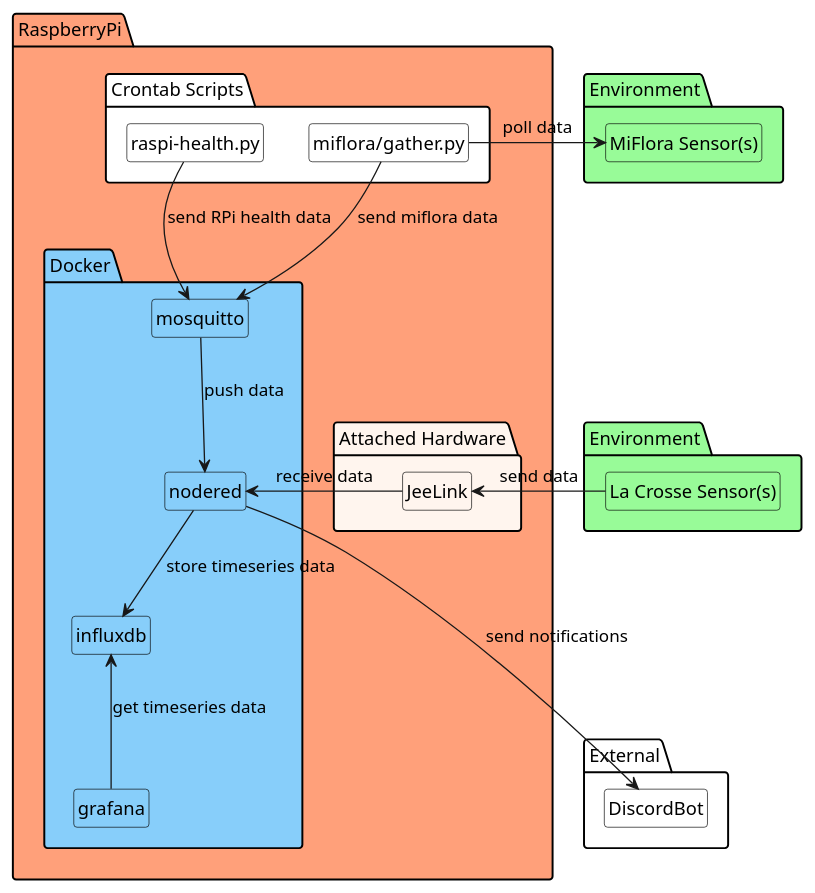
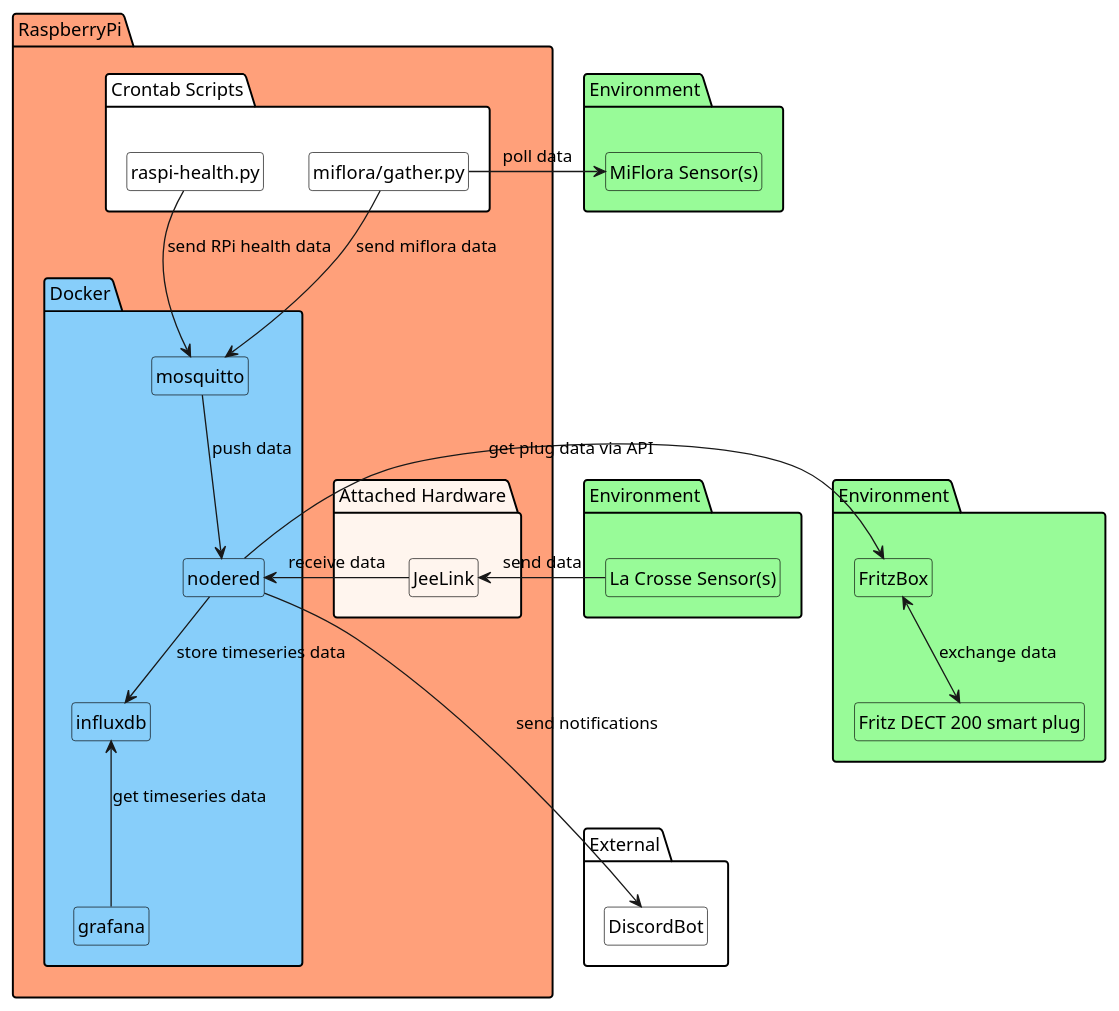
Before and after one commit to dArignac/smarthome: the diagram in overview.puml, drawn with PlantUML. The commit also changed 5 other files, not shown here.

Commit message:
added fritz box dect 200 plugs flow and dashboard, closes #11

```diff
--- a/overview.puml
+++ b/overview.puml
@@ -1,67 +1,74 @@
 @startuml
 skinparam shadowing false
 
 skinparam package {
   BackgroundColor white
   BorderColor black
   FontStyle italic bold
 
   BackgroundColor<<Environment>> PaleGreen
   BackgroundColor<<RaspberryPi>> LightSalmon
   BackgroundColor<<Hardware>> SeaShell
   BackgroundColor<<Docker>> LightSkyBlue
 }
 
 skinparam class {
   BackgroundColor none
   BorderColor Black
 }
 
 hide members
 hide circle
 hide stereotype
 
 package "Environment" as E1 <<Environment>> {
   class "La Crosse Sensor(s)" as sensorLacrosse
 }
 
 package "Environment" as E2 <<Environment>> {
   class "MiFlora Sensor(s)" as sensorMiflora
+}
+
+package "Environment" as E3 <<Environment>> {
+  class "FritzBox" as fritzBox
+  class "Fritz DECT 200 smart plug" as fritzPlug
+  fritzPlug <-up-> fritzBox: exchange data
 }
 
 package RaspberryPi <<RaspberryPi>> {
   package "Attached Hardware" <<Hardware>> {
     class "JeeLink" as jeelink
   }
 
   package Docker <<Docker>> {
     class nodered
     class grafana
     class influxdb
     class mosquitto
 
     mosquitto -down-> nodered: push data
     nodered -down-> influxdb: store timeseries data
     grafana -up-> influxdb: get timeseries data
   }
 
   package "Crontab Scripts" {
     class "raspi-health.py" as scriptRaspiHealth
     class "miflora/gather.py" as scriptMiflora
 
     scriptRaspiHealth -right[hidden]-> scriptMiflora
   }
 
   scriptRaspiHealth -down-> mosquitto: send RPi health data
 }
 
 package "External" as Ex {
   class "DiscordBot" as discord
 }
 
 sensorLacrosse -left-> jeelink: send data
 jeelink -left-> nodered : receive data
 scriptMiflora -right-> sensorMiflora: poll data
 scriptMiflora -down-> mosquitto: send miflora data
 nodered -down--> discord: send notifications
+nodered -left-> fritzBox: get plug data via API
 @enduml
```
